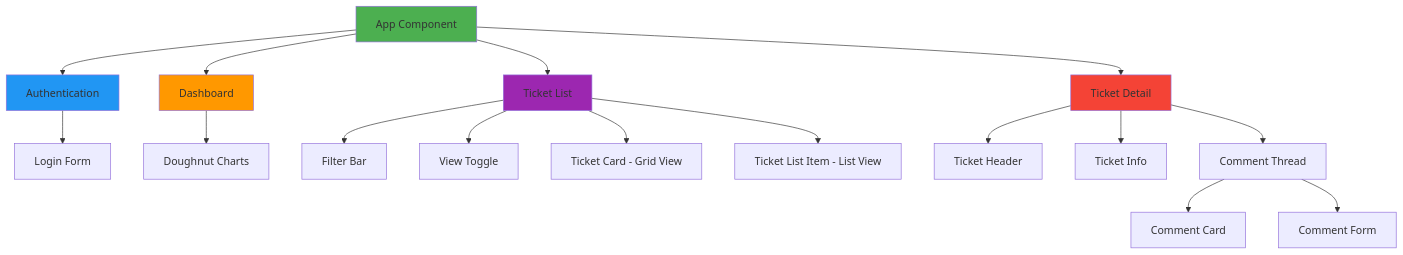
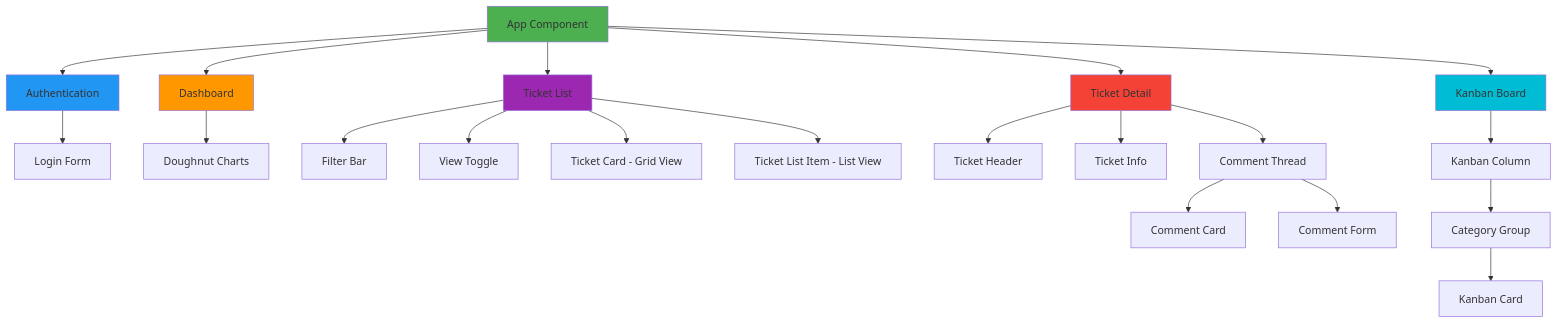
Before and after one commit to ti994a/TelosDemo: the second of 9 diagrams in .kiro/steering/architecture-overview.md, drawn with Mermaid. The commit also changed 17 other files, not shown here.

Commit message:
Kanban board MVP

````diff
--- a/.kiro/steering/architecture-overview.md
+++ b/.kiro/steering/architecture-overview.md
@@ -52,30 +52,36 @@
 ```mermaid
 graph TD
     App[App Component]
     App --> Auth[Authentication]
     App --> Dashboard[Dashboard]
     App --> TicketList[Ticket List]
     App --> TicketDetail[Ticket Detail]
+    App --> Kanban[Kanban Board]
     
     Auth --> LoginForm[Login Form]
     
     Dashboard --> DoughnutChart[Doughnut Charts]
     
     TicketList --> FilterBar[Filter Bar]
     TicketList --> ViewToggle[View Toggle]
     TicketList --> TicketCard[Ticket Card - Grid View]
     TicketList --> TicketListItem[Ticket List Item - List View]
     
     TicketDetail --> TicketHeader[Ticket Header]
     TicketDetail --> TicketInfo[Ticket Info]
     TicketDetail --> CommentThread[Comment Thread]
     
     CommentThread --> CommentCard[Comment Card]
     CommentThread --> CommentForm[Comment Form]
+    
+    Kanban --> KanbanColumn[Kanban Column]
+    KanbanColumn --> CategoryGroup[Category Group]
+    CategoryGroup --> KanbanCard[Kanban Card]
 
     style App fill:#4CAF50
     style Auth fill:#2196F3
     style Dashboard fill:#FF9800
     style TicketList fill:#9C27B0
     style TicketDetail fill:#F44336
+    style Kanban fill:#00BCD4
 ```
````
